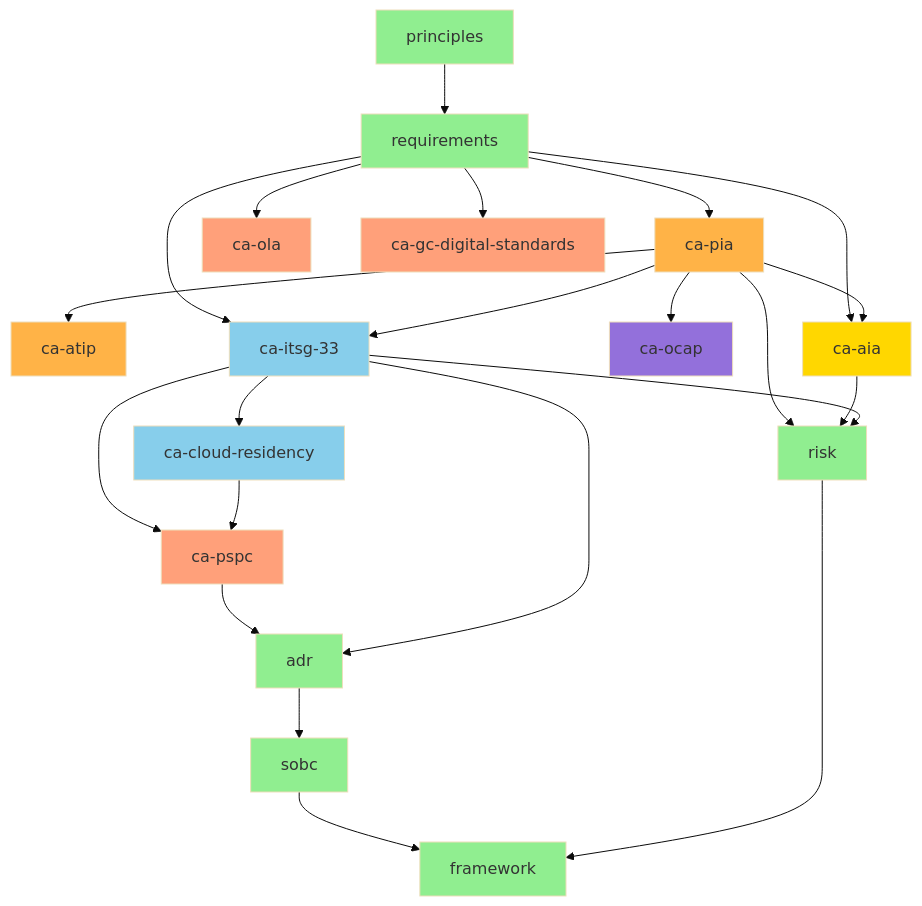
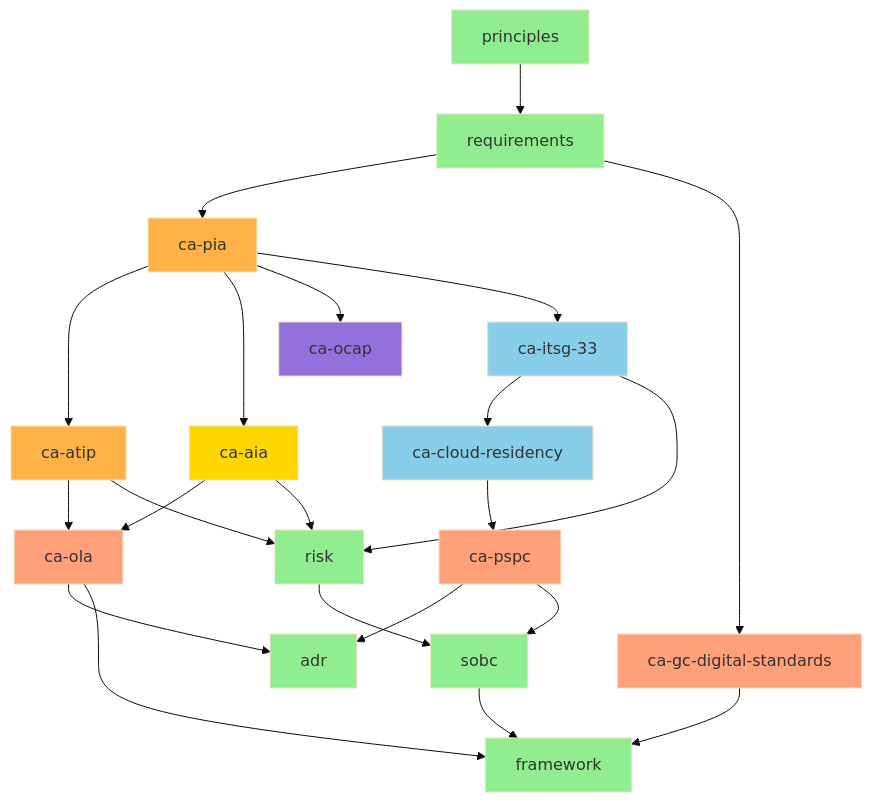
The eighth of 14 diagrams in docs/WORKFLOW-DIAGRAMS.md (tractorjuice/arc-kit), drawn with Mermaid (base theme) before and after one commit. The commit also changed other lines of this file, not shown here.

First line of the commit message:
docs: redraw WORKFLOW-DIAGRAMS.md from the dependency data

````diff
--- a/docs/WORKFLOW-DIAGRAMS.md
+++ b/docs/WORKFLOW-DIAGRAMS.md
@@ -725,43 +994,56 @@
 ```mermaid
 graph TD
-    A[principles] --> B[requirements]
-    B --> C[ca-pia]
-    C --> D[ca-atip]
-    B --> E[ca-aia]
-    C --> E
-    C --> F[ca-ocap]
+    principles[principles]
+    requirements[requirements]
+    ca_pia[ca-pia]
+    ca_atip[ca-atip]
+    ca_aia[ca-aia]
+    ca_ocap[ca-ocap]
+    ca_itsg_33[ca-itsg-33]
+    ca_cloud_residency[ca-cloud-residency]
+    ca_ola[ca-ola]
+    ca_gc_digital_standards[ca-gc-digital-standards]
+    ca_pspc[ca-pspc]
+    adr[adr]
+    sobc[sobc]
+    risk[risk]
+    framework[framework]
 
-    B --> G[ca-itsg-33]
-    C --> G
-    G --> H[ca-cloud-residency]
+    principles --> requirements
+    requirements --> ca_pia
+    ca_pia --> ca_atip
+    ca_pia --> ca_aia
+    ca_pia --> ca_ocap
+    ca_pia --> ca_itsg_33
+    ca_itsg_33 --> ca_cloud_residency
+    ca_atip --> ca_ola
+    ca_aia --> ca_ola
+    requirements --> ca_gc_digital_standards
+    ca_cloud_residency --> ca_pspc
+    ca_ola --> adr
+    ca_pspc --> adr
+    ca_pspc --> sobc
+    risk --> sobc
+    ca_atip --> risk
+    ca_aia --> risk
+    ca_itsg_33 --> risk
+    ca_ola --> framework
+    ca_gc_digital_standards --> framework
+    sobc --> framework
 
-    B --> I[ca-ola]
-    B --> J[ca-gc-digital-standards]
-
-    G --> K[ca-pspc]
-    H --> K
-    K --> L[adr]
-    G --> L
-    L --> M[sobc]
-    C --> N[risk]
-    E --> N
-    G --> N
-    M --> O[framework]
-    N --> O
-
-    style A fill:#90EE90
-    style B fill:#90EE90
-    style C fill:#FFB347
-    style D fill:#FFB347
-    style E fill:#FFD700
-    style F fill:#9370DB
-    style G fill:#87CEEB
-    style H fill:#87CEEB
-    style I fill:#FFA07A
-    style J fill:#FFA07A
-    style K fill:#FFA07A
-    style L fill:#90EE90
-    style M fill:#90EE90
-    style N fill:#90EE90
-    style O fill:#90EE90
+    style principles fill:#90EE90
+    style requirements fill:#90EE90
+    style ca_pia fill:#FFB347
+    style ca_atip fill:#FFB347
+    style ca_aia fill:#FFD700
+    style ca_ocap fill:#9370DB
+    style ca_itsg_33 fill:#87CEEB
+    style ca_cloud_residency fill:#87CEEB
+    style ca_ola fill:#FFA07A
+    style ca_gc_digital_standards fill:#FFA07A
+    style ca_pspc fill:#FFA07A
+    style adr fill:#90EE90
+    style sobc fill:#90EE90
+    style risk fill:#90EE90
+    style framework fill:#90EE90
 ```
````
